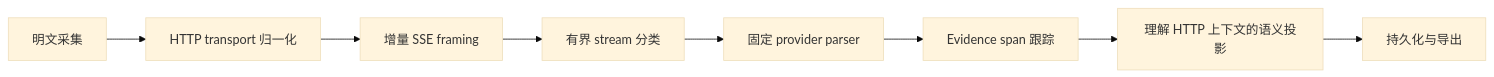
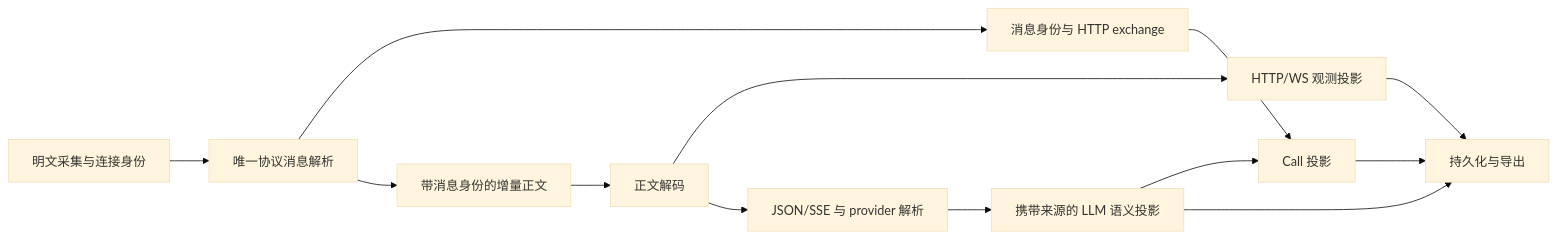
Before and after one commit to openeuler-mirror/AcTrail: the diagram in docs/specifications/observation/streaming-parser.md, drawn with Mermaid (base theme). The commit also changed other lines of this file and 227 other files, not shown here.

````diff
--- a/docs/specifications/observation/streaming-parser.md
+++ b/docs/specifications/observation/streaming-parser.md
@@ -10,10 +10,15 @@
 ```mermaid
 flowchart LR
-  A[明文采集] --> B[HTTP transport 归一化]
-  B --> C[增量 SSE framing]
-  C --> D[有界 stream 分类]
-  D --> E[固定 provider parser]
-  E --> F[Evidence span 跟踪]
-  F --> G[理解 HTTP 上下文的语义投影]
-  G --> H[持久化与导出]
+  A[明文采集与连接身份] --> B[唯一协议消息解析]
+  B --> I[消息身份与 HTTP exchange]
+  B --> C[带消息身份的增量正文]
+  C --> D[正文解码]
+  D --> O[HTTP/WS 观测投影]
+  D --> E[JSON/SSE 与 provider 解析]
+  E --> F[携带来源的 LLM 语义投影]
+  I --> G[Call 投影]
+  F --> G
+  O --> H[持久化与导出]
+  F --> H
+  G --> H
 ```
````
